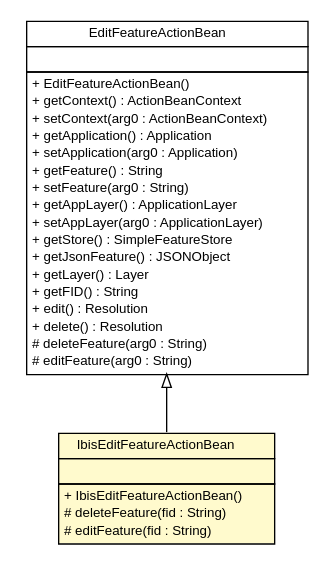
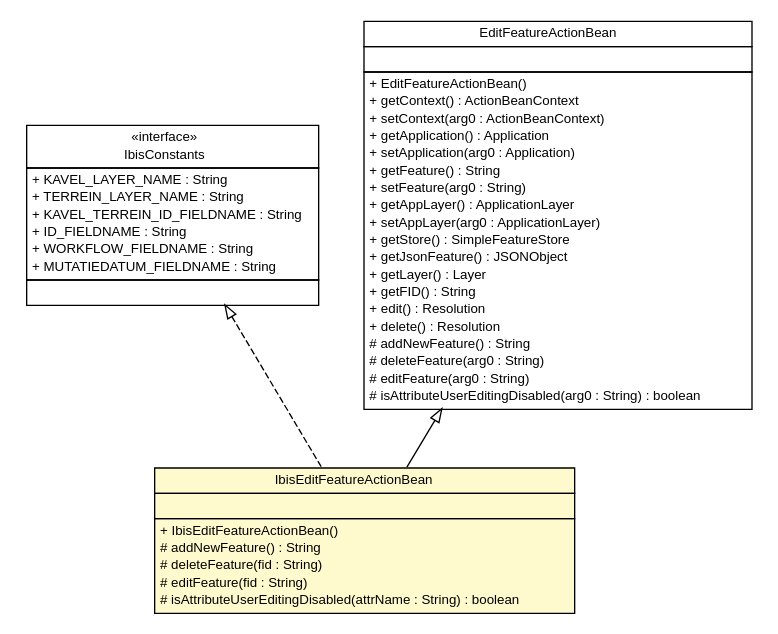
The diagram in ibis-viewer/apidocs/nl/b3p/viewer/stripes/IbisEditFeatureActionBean.dot (B3Partners/flamingo-ibis), drawn with Graphviz before and after one commit. The commit also changed 137 other files, not shown here.

```diff
--- a/ibis-viewer/apidocs/nl/b3p/viewer/stripes/IbisEditFeatureActionBean.dot
+++ b/ibis-viewer/apidocs/nl/b3p/viewer/stripes/IbisEditFeatureActionBean.dot
@@ -1,56 +1,80 @@
 #!/usr/local/bin/dot
 #
 # Class diagram 
 # Generated by UMLGraph version R5_6-24-gf6e263 (http://www.umlgraph.org/)
 #
 
 digraph G {
 	edge [fontname="Helvetica",fontsize=10,labelfontname="Helvetica",labelfontsize=10];
 	node [fontname="Helvetica",fontsize=10,shape=plaintext];
 	nodesep=0.25;
 	ranksep=0.5;
+	// nl.b3p.viewer.ibis.util.IbisConstants
+	c177 [label=<<table title="nl.b3p.viewer.ibis.util.IbisConstants" border="0" cellborder="1" cellspacing="0" cellpadding="2" port="p" href="../ibis/util/IbisConstants.html">
+		<tr><td><table border="0" cellspacing="0" cellpadding="1">
+<tr><td align="center" balign="center"> &#171;interface&#187; </td></tr>
+<tr><td align="center" balign="center"> IbisConstants </td></tr>
+		</table></td></tr>
+		<tr><td><table border="0" cellspacing="0" cellpadding="1">
+<tr><td align="left" balign="left"> + KAVEL_LAYER_NAME : String </td></tr>
+<tr><td align="left" balign="left"> + TERREIN_LAYER_NAME : String </td></tr>
+<tr><td align="left" balign="left"> + KAVEL_TERREIN_ID_FIELDNAME : String </td></tr>
+<tr><td align="left" balign="left"> + ID_FIELDNAME : String </td></tr>
+<tr><td align="left" balign="left"> + WORKFLOW_FIELDNAME : String </td></tr>
+<tr><td align="left" balign="left"> + MUTATIEDATUM_FIELDNAME : String </td></tr>
+		</table></td></tr>
+		<tr><td><table border="0" cellspacing="0" cellpadding="1">
+<tr><td align="left" balign="left">  </td></tr>
+		</table></td></tr>
+		</table>>, URL="../ibis/util/IbisConstants.html", fontname="Helvetica", fontcolor="black", fontsize=10.0];
 	// nl.b3p.viewer.stripes.IbisEditFeatureActionBean
-	c115 [label=<<table title="nl.b3p.viewer.stripes.IbisEditFeatureActionBean" border="0" cellborder="1" cellspacing="0" cellpadding="2" port="p" bgcolor="lemonChiffon" href="./IbisEditFeatureActionBean.html">
+	c185 [label=<<table title="nl.b3p.viewer.stripes.IbisEditFeatureActionBean" border="0" cellborder="1" cellspacing="0" cellpadding="2" port="p" bgcolor="lemonChiffon" href="./IbisEditFeatureActionBean.html">
 		<tr><td><table border="0" cellspacing="0" cellpadding="1">
 <tr><td align="center" balign="center"> IbisEditFeatureActionBean </td></tr>
 		</table></td></tr>
 		<tr><td><table border="0" cellspacing="0" cellpadding="1">
 <tr><td align="left" balign="left">  </td></tr>
 		</table></td></tr>
 		<tr><td><table border="0" cellspacing="0" cellpadding="1">
 <tr><td align="left" balign="left"> + IbisEditFeatureActionBean() </td></tr>
+<tr><td align="left" balign="left"> # addNewFeature() : String </td></tr>
 <tr><td align="left" balign="left"> # deleteFeature(fid : String) </td></tr>
 <tr><td align="left" balign="left"> # editFeature(fid : String) </td></tr>
+<tr><td align="left" balign="left"> # isAttributeUserEditingDisabled(attrName : String) : boolean </td></tr>
 		</table></td></tr>
 		</table>>, URL="./IbisEditFeatureActionBean.html", fontname="Helvetica", fontcolor="black", fontsize=10.0];
 	//nl.b3p.viewer.stripes.IbisEditFeatureActionBean extends nl.b3p.viewer.stripes.EditFeatureActionBean
-	c120:p -> c115:p [dir=back,arrowtail=empty];
+	c189:p -> c185:p [dir=back,arrowtail=empty];
+	//nl.b3p.viewer.stripes.IbisEditFeatureActionBean implements nl.b3p.viewer.ibis.util.IbisConstants
+	c177:p -> c185:p [dir=back,arrowtail=empty,style=dashed];
 	// nl.b3p.viewer.stripes.EditFeatureActionBean
-	c120 [label=<<table title="nl.b3p.viewer.stripes.EditFeatureActionBean" border="0" cellborder="1" cellspacing="0" cellpadding="2" port="p">
+	c189 [label=<<table title="nl.b3p.viewer.stripes.EditFeatureActionBean" border="0" cellborder="1" cellspacing="0" cellpadding="2" port="p">
 		<tr><td><table border="0" cellspacing="0" cellpadding="1">
 <tr><td align="center" balign="center"> EditFeatureActionBean </td></tr>
 		</table></td></tr>
 		<tr><td><table border="0" cellspacing="0" cellpadding="1">
 <tr><td align="left" balign="left">  </td></tr>
 		</table></td></tr>
 		<tr><td><table border="0" cellspacing="0" cellpadding="1">
 <tr><td align="left" balign="left"> + EditFeatureActionBean() </td></tr>
 <tr><td align="left" balign="left"> + getContext() : ActionBeanContext </td></tr>
 <tr><td align="left" balign="left"> + setContext(arg0 : ActionBeanContext) </td></tr>
 <tr><td align="left" balign="left"> + getApplication() : Application </td></tr>
 <tr><td align="left" balign="left"> + setApplication(arg0 : Application) </td></tr>
 <tr><td align="left" balign="left"> + getFeature() : String </td></tr>
 <tr><td align="left" balign="left"> + setFeature(arg0 : String) </td></tr>
 <tr><td align="left" balign="left"> + getAppLayer() : ApplicationLayer </td></tr>
 <tr><td align="left" balign="left"> + setAppLayer(arg0 : ApplicationLayer) </td></tr>
 <tr><td align="left" balign="left"> + getStore() : SimpleFeatureStore </td></tr>
 <tr><td align="left" balign="left"> + getJsonFeature() : JSONObject </td></tr>
 <tr><td align="left" balign="left"> + getLayer() : Layer </td></tr>
 <tr><td align="left" balign="left"> + getFID() : String </td></tr>
 <tr><td align="left" balign="left"> + edit() : Resolution </td></tr>
 <tr><td align="left" balign="left"> + delete() : Resolution </td></tr>
+<tr><td align="left" balign="left"> # addNewFeature() : String </td></tr>
 <tr><td align="left" balign="left"> # deleteFeature(arg0 : String) </td></tr>
 <tr><td align="left" balign="left"> # editFeature(arg0 : String) </td></tr>
+<tr><td align="left" balign="left"> # isAttributeUserEditingDisabled(arg0 : String) : boolean </td></tr>
 		</table></td></tr>
 		</table>>, URL="null", fontname="Helvetica", fontcolor="black", fontsize=10.0];
 }
```
